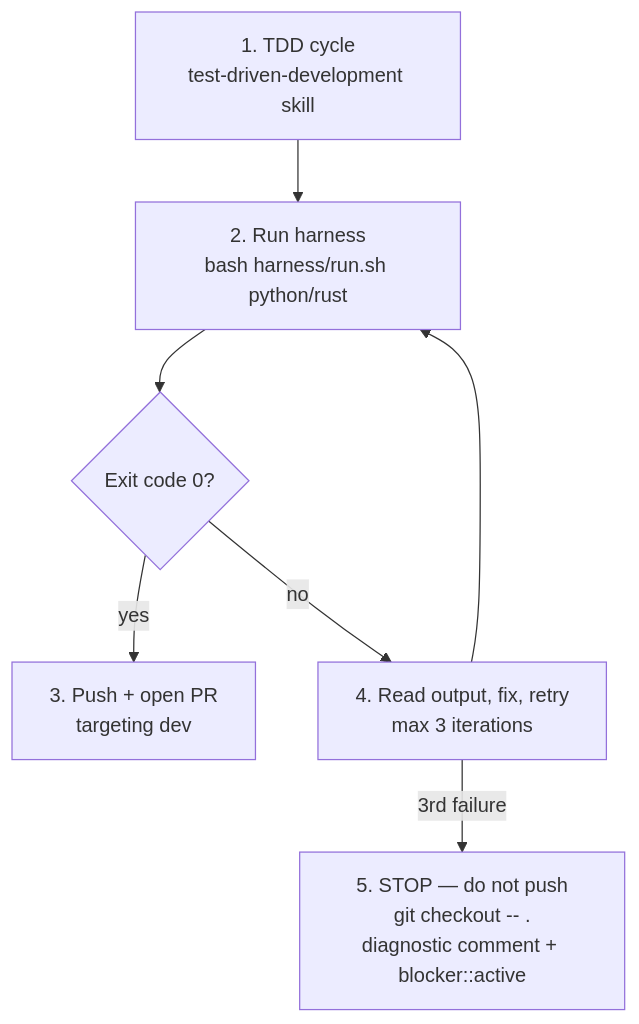
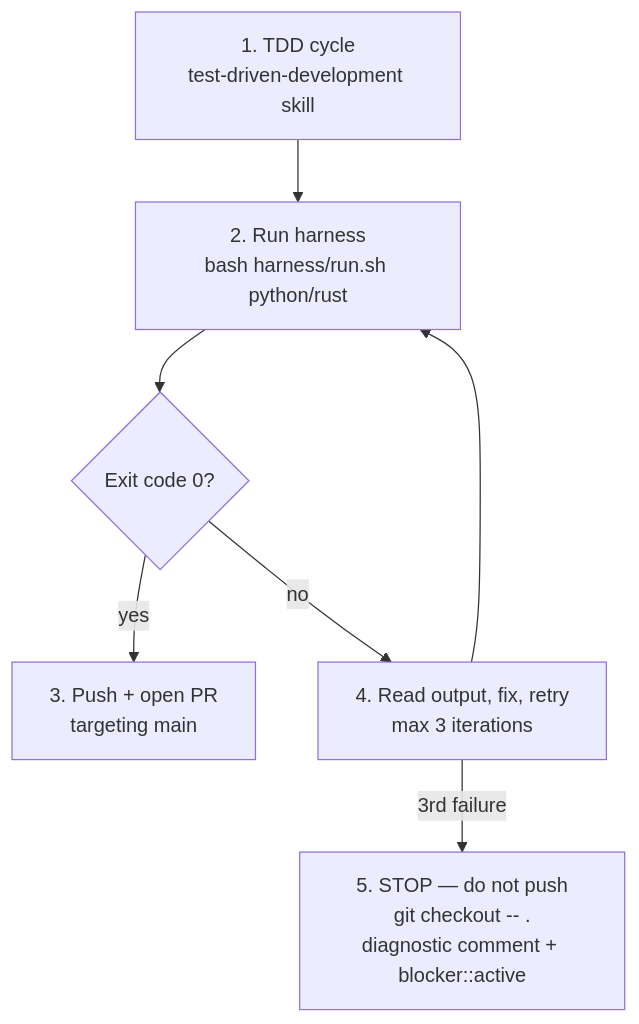
Before and after one commit to fpittelo/opencode-home-config: the diagram in skills/harness-engineering/SKILL.md, drawn with Mermaid. The commit also changed other lines of this file and 27 other files, not shown here.

````diff
--- a/skills/harness-engineering/SKILL.md
+++ b/skills/harness-engineering/SKILL.md
@@ -28,9 +28,9 @@
 ```mermaid
 flowchart TD
     A["1. TDD cycle\ntest-driven-development skill"] --> B["2. Run harness\nbash harness/run.sh python/rust"]
     B --> C{"Exit code 0?"}
-    C -->|yes| D["3. Push + open PR\ntargeting dev"]
+    C -->|yes| D["3. Push + open PR\ntargeting main"]
     C -->|no| E["4. Read output, fix, retry\nmax 3 iterations"]
     E --> B
     E -->|"3rd failure"| F["5. STOP — do not push\ngit checkout -- .\ndiagnostic comment + blocker::active"]
 ```
````
